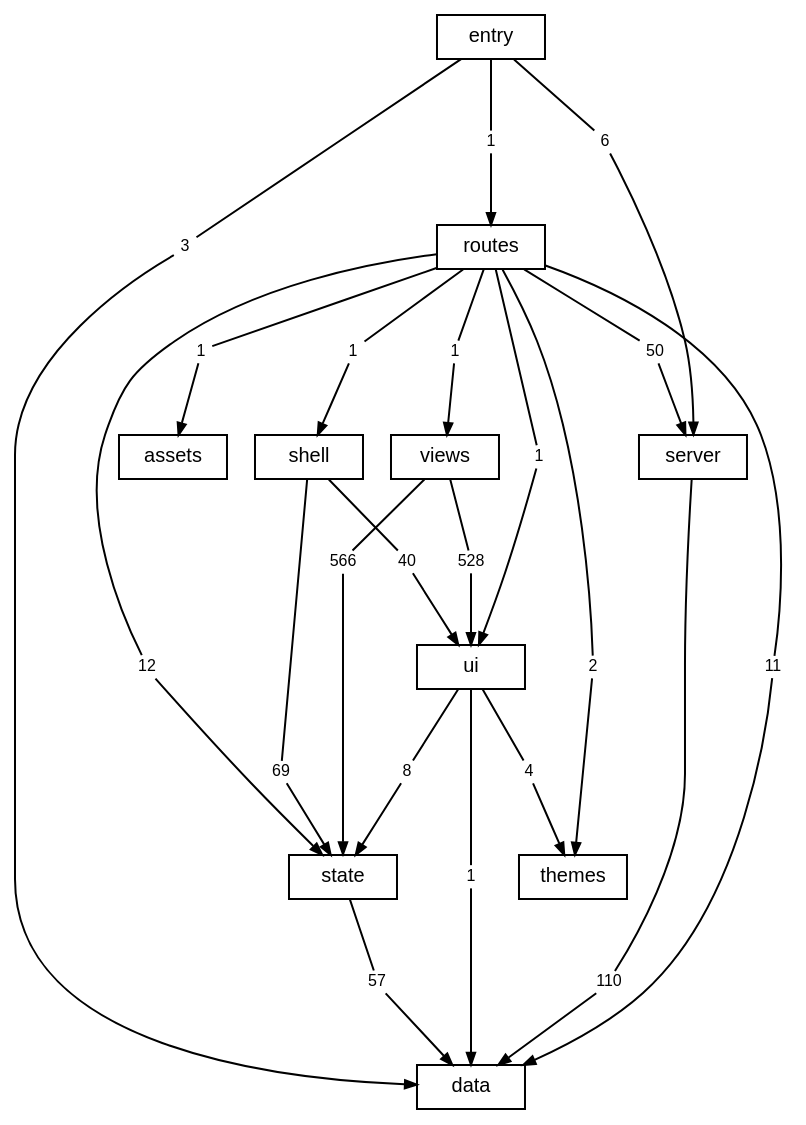
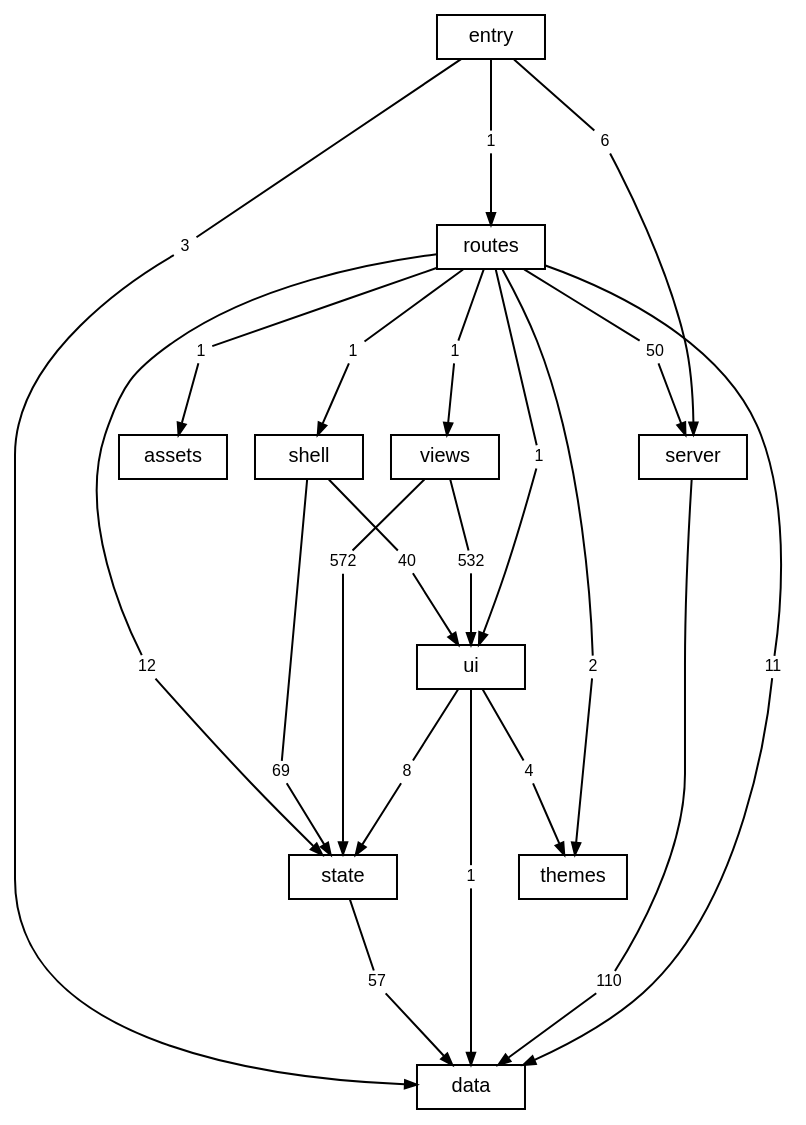
Before and after one commit to TheAxeC/oculus: the diagram in docs/diagrams/layers.dot, drawn with Graphviz. The commit also changed 34 other files, not shown here.

```diff
--- a/docs/diagrams/layers.dot
+++ b/docs/diagrams/layers.dot
@@ -1,75 +1,75 @@
 digraph layers {
     graph [bgcolor="transparent", rankdir=TB, newrank=true, fontname="Helvetica,Arial,sans-serif", fontsize=12, nodesep=0.2, ranksep=0.5];
     node [shape=box, color="black", fontcolor="black", fontname="Helvetica,Arial,sans-serif", fontsize=10, height=0.3, margin="0.12,0.04"];
     edge [color="black", fontcolor="black", fontname="Helvetica,Arial,sans-serif", fontsize=8, arrowsize=0.6];
     "data";
     "server";
     "state";
     "ui";
     "shell";
     "views";
     "themes";
     "routes";
     "src" [label="entry"];
     "files: assets" [label="assets"];
     "routes to data" [label="11", shape=box, color="transparent", fontsize=8, width=0, height=0, margin="0.04,0.02"];
     "routes" -> "routes to data" [arrowhead=none];
     "routes to data" -> "data" [];
     "routes to files: assets" [label="1", shape=box, color="transparent", fontsize=8, width=0, height=0, margin="0.04,0.02"];
     "routes" -> "routes to files: assets" [arrowhead=none];
     "routes to files: assets" -> "files: assets" [];
     "routes to server" [label="50", shape=box, color="transparent", fontsize=8, width=0, height=0, margin="0.04,0.02"];
     "routes" -> "routes to server" [arrowhead=none];
     "routes to server" -> "server" [];
     "routes to shell" [label="1", shape=box, color="transparent", fontsize=8, width=0, height=0, margin="0.04,0.02"];
     "routes" -> "routes to shell" [arrowhead=none];
     "routes to shell" -> "shell" [];
     "routes to state" [label="12", shape=box, color="transparent", fontsize=8, width=0, height=0, margin="0.04,0.02"];
     "routes" -> "routes to state" [arrowhead=none];
     "routes to state" -> "state" [];
     "routes to themes" [label="2", shape=box, color="transparent", fontsize=8, width=0, height=0, margin="0.04,0.02"];
     "routes" -> "routes to themes" [arrowhead=none];
     "routes to themes" -> "themes" [];
     "routes to ui" [label="1", shape=box, color="transparent", fontsize=8, width=0, height=0, margin="0.04,0.02"];
     "routes" -> "routes to ui" [arrowhead=none];
     "routes to ui" -> "ui" [];
     "routes to views" [label="1", shape=box, color="transparent", fontsize=8, width=0, height=0, margin="0.04,0.02"];
     "routes" -> "routes to views" [arrowhead=none];
     "routes to views" -> "views" [];
     "server to data" [label="110", shape=box, color="transparent", fontsize=8, width=0, height=0, margin="0.04,0.02"];
     "server" -> "server to data" [arrowhead=none];
     "server to data" -> "data" [];
     "shell to state" [label="69", shape=box, color="transparent", fontsize=8, width=0, height=0, margin="0.04,0.02"];
     "shell" -> "shell to state" [arrowhead=none];
     "shell to state" -> "state" [];
     "shell to ui" [label="40", shape=box, color="transparent", fontsize=8, width=0, height=0, margin="0.04,0.02"];
     "shell" -> "shell to ui" [arrowhead=none];
     "shell to ui" -> "ui" [];
     "src to data" [label="3", shape=box, color="transparent", fontsize=8, width=0, height=0, margin="0.04,0.02"];
     "src" -> "src to data" [arrowhead=none];
     "src to data" -> "data" [];
     "src to routes" [label="1", shape=box, color="transparent", fontsize=8, width=0, height=0, margin="0.04,0.02"];
     "src" -> "src to routes" [arrowhead=none];
     "src to routes" -> "routes" [];
     "src to server" [label="6", shape=box, color="transparent", fontsize=8, width=0, height=0, margin="0.04,0.02"];
     "src" -> "src to server" [arrowhead=none];
     "src to server" -> "server" [];
     "state to data" [label="57", shape=box, color="transparent", fontsize=8, width=0, height=0, margin="0.04,0.02"];
     "state" -> "state to data" [arrowhead=none];
     "state to data" -> "data" [];
     "ui to data" [label="1", shape=box, color="transparent", fontsize=8, width=0, height=0, margin="0.04,0.02"];
     "ui" -> "ui to data" [arrowhead=none];
     "ui to data" -> "data" [];
     "ui to state" [label="8", shape=box, color="transparent", fontsize=8, width=0, height=0, margin="0.04,0.02"];
     "ui" -> "ui to state" [arrowhead=none];
     "ui to state" -> "state" [];
     "ui to themes" [label="4", shape=box, color="transparent", fontsize=8, width=0, height=0, margin="0.04,0.02"];
     "ui" -> "ui to themes" [arrowhead=none];
     "ui to themes" -> "themes" [];
-    "views to state" [label="566", shape=box, color="transparent", fontsize=8, width=0, height=0, margin="0.04,0.02"];
+    "views to state" [label="572", shape=box, color="transparent", fontsize=8, width=0, height=0, margin="0.04,0.02"];
     "views" -> "views to state" [arrowhead=none];
     "views to state" -> "state" [];
-    "views to ui" [label="528", shape=box, color="transparent", fontsize=8, width=0, height=0, margin="0.04,0.02"];
+    "views to ui" [label="532", shape=box, color="transparent", fontsize=8, width=0, height=0, margin="0.04,0.02"];
     "views" -> "views to ui" [arrowhead=none];
     "views to ui" -> "ui" [];
 }
```
